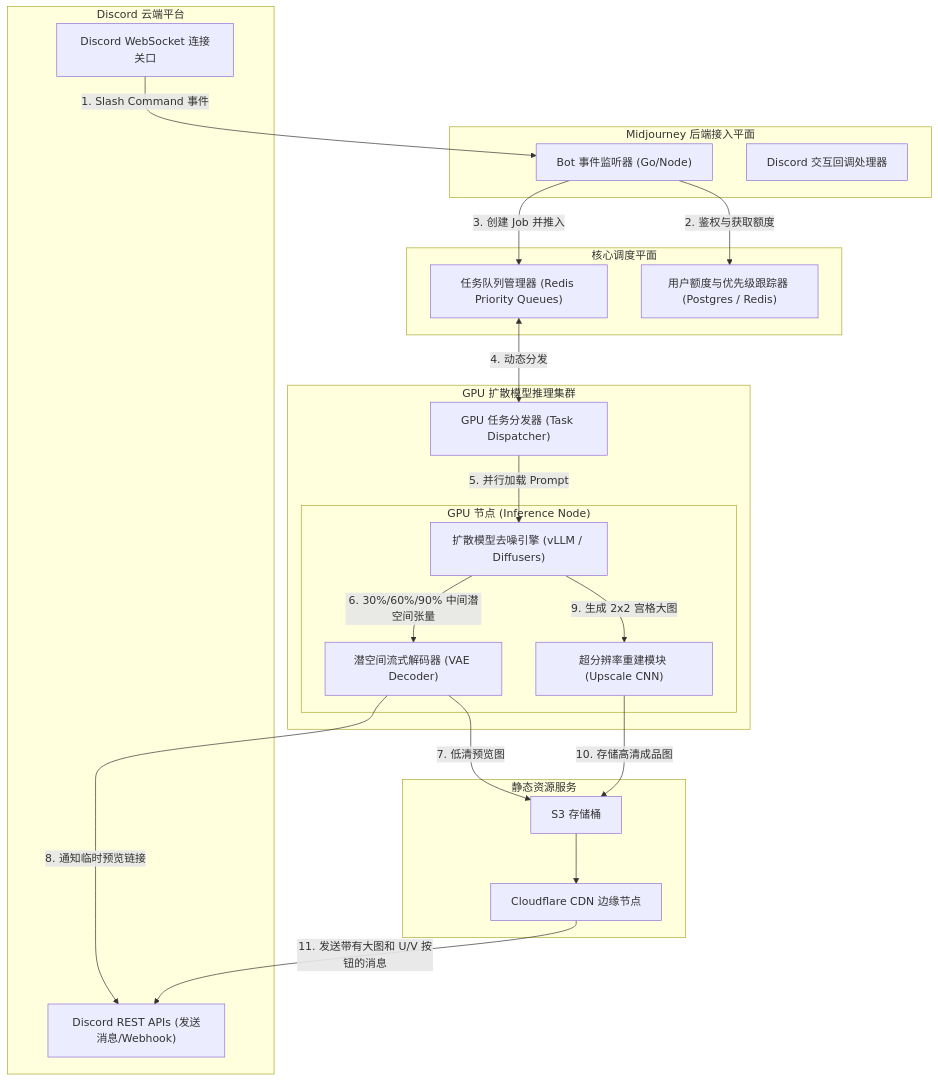
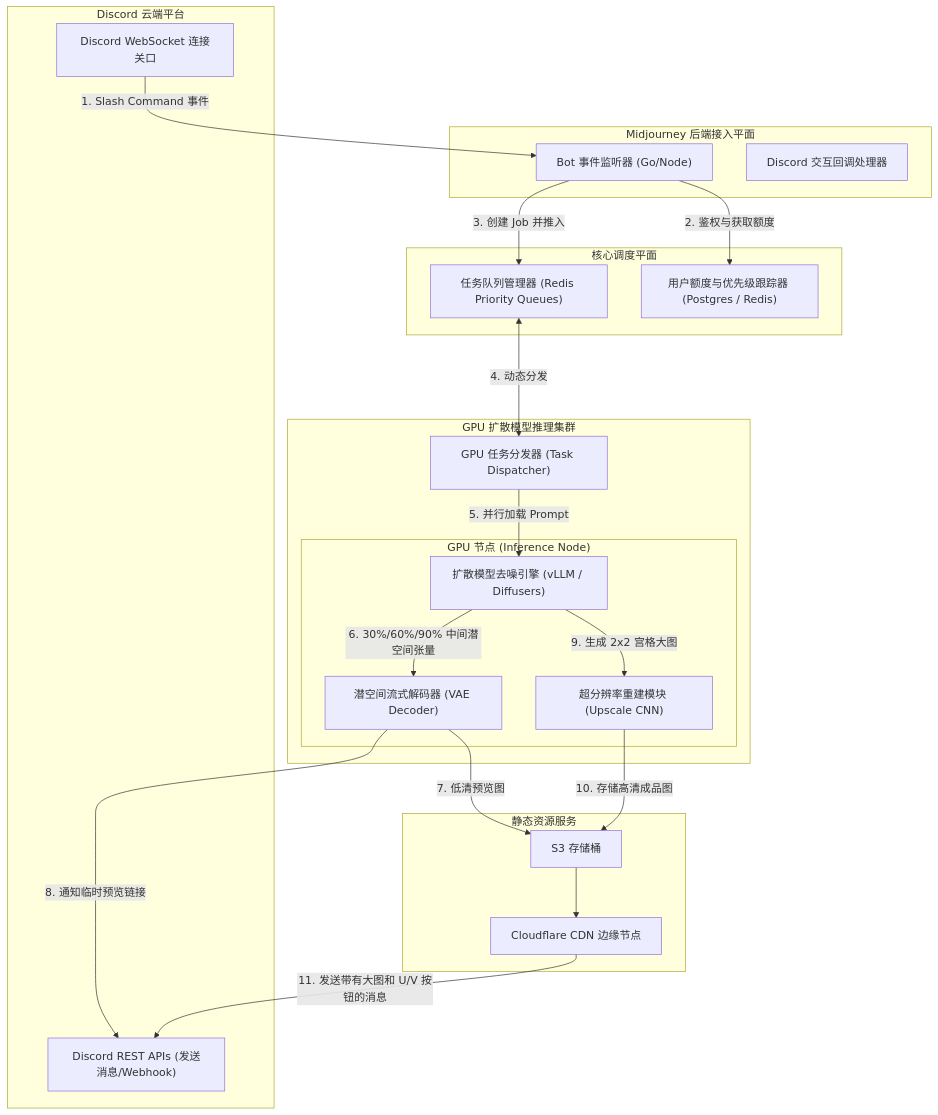
The third of 5 diagrams in docs/atlas/midjourney.mdx (koosai/AI-Architect-Learning), drawn with Mermaid before and after one commit. The commit also changed 68 other files, not shown here.

Commit message:
fix(atlas): fix browser client-side Mermaid rendering for mindmaps and flowcharts across 67 case studies

````diff
--- a/docs/atlas/midjourney.mdx
+++ b/docs/atlas/midjourney.mdx
@@ -103,47 +103,47 @@
 ```mermaid
 graph TB
   subgraph DiscordPlatform["Discord 云端平台"]
     DiscordWS["Discord WebSocket 连接关口"]
     DiscordAPI["Discord REST APIs (发送消息/Webhook)"]
   end
 
   subgraph MJProxy["Midjourney 后端接入平面"]
     BotListener["Bot 事件监听器 (Go/Node)"]
     CallbackHandler["Discord 交互回调处理器"]
   end
 
   subgraph MJScheduler["核心调度平面"]
     QueueManager["任务队列管理器 (Redis Priority Queues)"]
     UserTracker["用户额度与优先级跟踪器 (Postgres / Redis)"]
   end
 
   subgraph MJGPUPlane["GPU 扩散模型推理集群"]
     Dispatcher["GPU 任务分发器 (Task Dispatcher)"]
     subgraph GPUWorker["GPU 节点 (Inference Node)"]
       Diffusor["扩散模型去噪引擎 (vLLM / Diffusers)"]
       LatentDecoder["潜空间流式解码器 (VAE Decoder)"]
       Upscaler["超分辨率重建模块 (Upscale CNN)"]
     end
   end
 
   subgraph StaticAssets["静态资源服务"]
     S3Bucket["S3 存储桶"]
     Cloudflare["Cloudflare CDN 边缘节点"]
   end
 
   DiscordWS -->|1. Slash Command 事件| BotListener
   BotListener -->|2. 鉴权与获取额度| UserTracker
   BotListener -->|3. 创建 Job 并推入| QueueManager
   
-  QueueManager <-->|4. 动态分发| Dispatcher
+  QueueManager <--->|4. 动态分发| Dispatcher
   Dispatcher -->|5. 并行加载 Prompt| Diffusor
   
   Diffusor -->|6. 30%/60%/90% 中间潜空间张量| LatentDecoder
   LatentDecoder -->|7. 低清预览图| S3Bucket
   LatentDecoder -->|8. 通知临时预览链接| DiscordAPI
   
   Diffusor -->|9. 生成 2x2 宫格大图| Upscaler
   Upscaler -->|10. 存储高清成品图| S3Bucket
   S3Bucket --> Cloudflare
   Cloudflare -->|11. 发送带有大图和 U/V 按钮的消息| DiscordAPI
 ```
````
